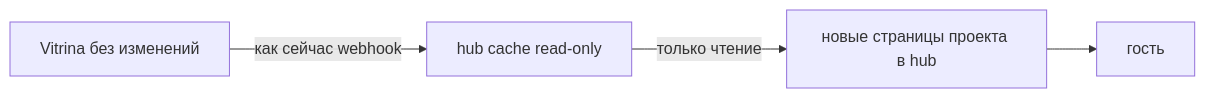
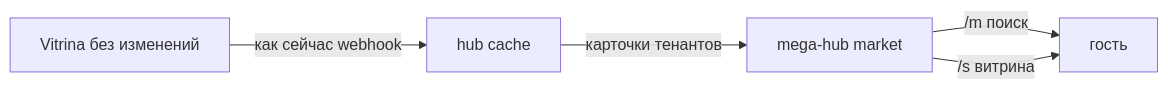
The diagram in docs/agent-context/09-themed-sites.md (sibnike/yanbada-docs), drawn with Mermaid before and after one commit. The commit also changed other lines of this file and 12 other files, not shown here.

First line of the commit message:
docs: themed pages are the mega-hub market overlay, not a new product

````diff
--- a/docs/agent-context/09-themed-sites.md
+++ b/docs/agent-context/09-themed-sites.md
@@ -20,10 +34,11 @@
 ```mermaid
 flowchart LR
   Vitrina["Vitrina без изменений"]
-  Cache["hub cache read-only"]
-  Pages["новые страницы проекта в hub"]
+  Cache["hub cache"]
+  Market["mega-hub market"]
   Guest["гость"]
   Vitrina -->|"как сейчас webhook"| Cache
-  Cache -->|"только чтение"| Pages
-  Pages --> Guest
+  Cache -->|"карточки тенантов"| Market
+  Market -->|"/m поиск"| Guest
+  Market -->|"/s витрина"| Guest
 ```
````
